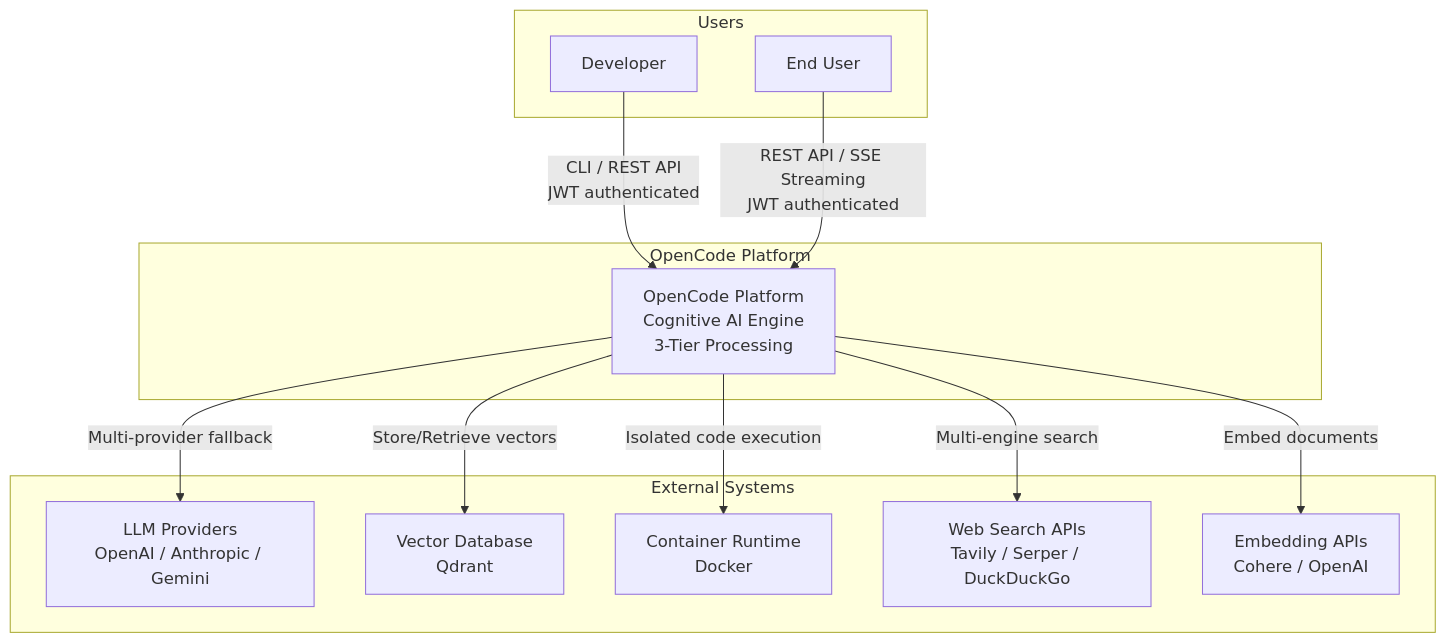
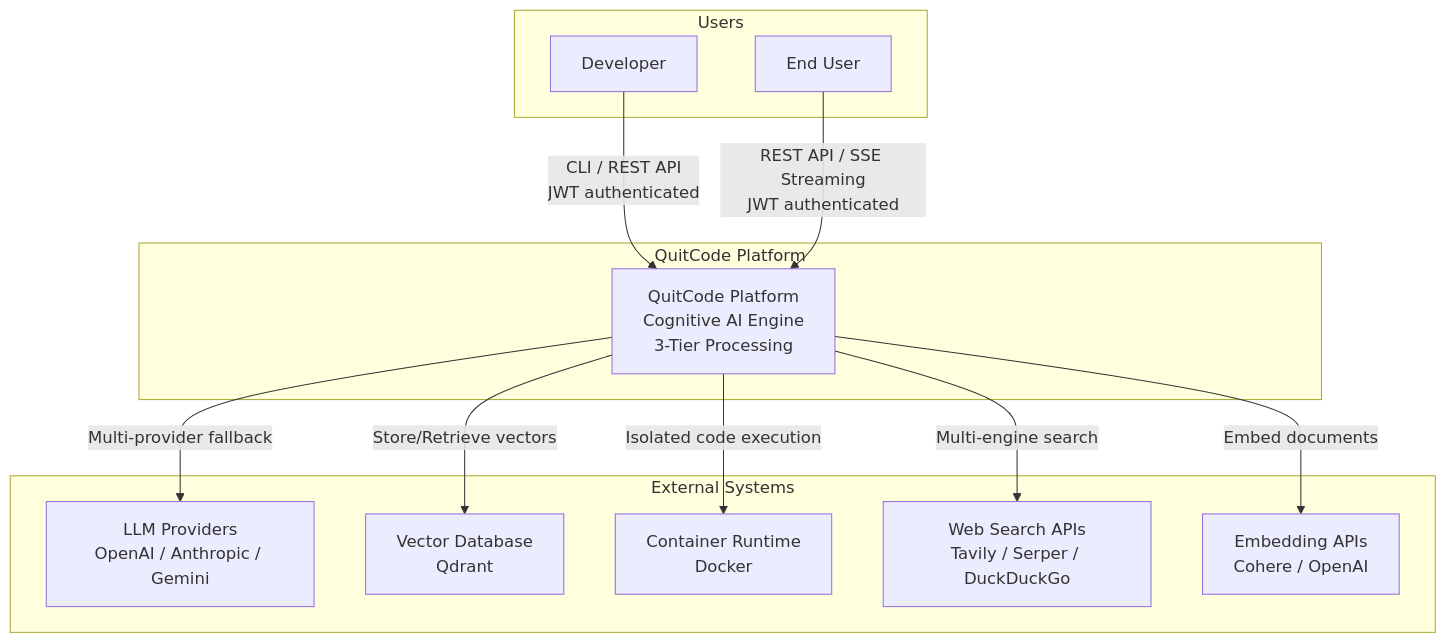
Before and after one commit to Zenobia000/openagent_backend: the first of 6 diagrams in Architecture_Refactoring_Toolkit/project_docs/06_architecture_and_design_document.md, drawn with Mermaid. The commit also changed other lines of this file and 56 other files, not shown here.

First line of the commit message:
refactor: rename project from OpenCode to QuitCode across entire codebase

````diff
--- a/Architecture_Refactoring_Toolkit/project_docs/06_architecture_and_design_document.md
+++ b/Architecture_Refactoring_Toolkit/project_docs/06_architecture_and_design_document.md
@@ -34,28 +34,28 @@
 ```mermaid
 graph TB
     subgraph "Users"
         Developer[Developer]
         EndUser[End User]
     end
 
-    subgraph "OpenCode Platform"
-        OCP[OpenCode Platform<br/>Cognitive AI Engine<br/>3-Tier Processing]
+    subgraph "QuitCode Platform"
+        OCP[QuitCode Platform<br/>Cognitive AI Engine<br/>3-Tier Processing]
     end
 
     subgraph "External Systems"
         LLM[LLM Providers<br/>OpenAI / Anthropic / Gemini]
         VectorDB[Vector Database<br/>Qdrant]
         Container[Container Runtime<br/>Docker]
         WebSearch[Web Search APIs<br/>Tavily / Serper / DuckDuckGo]
         Embedding[Embedding APIs<br/>Cohere / OpenAI]
     end
 
     Developer -->|CLI / REST API<br/>JWT authenticated| OCP
     EndUser -->|REST API / SSE Streaming<br/>JWT authenticated| OCP
 
     OCP -->|Multi-provider fallback| LLM
     OCP -->|Store/Retrieve vectors| VectorDB
     OCP -->|Isolated code execution| Container
     OCP -->|Multi-engine search| WebSearch
     OCP -->|Embed documents| Embedding
 ```
````
